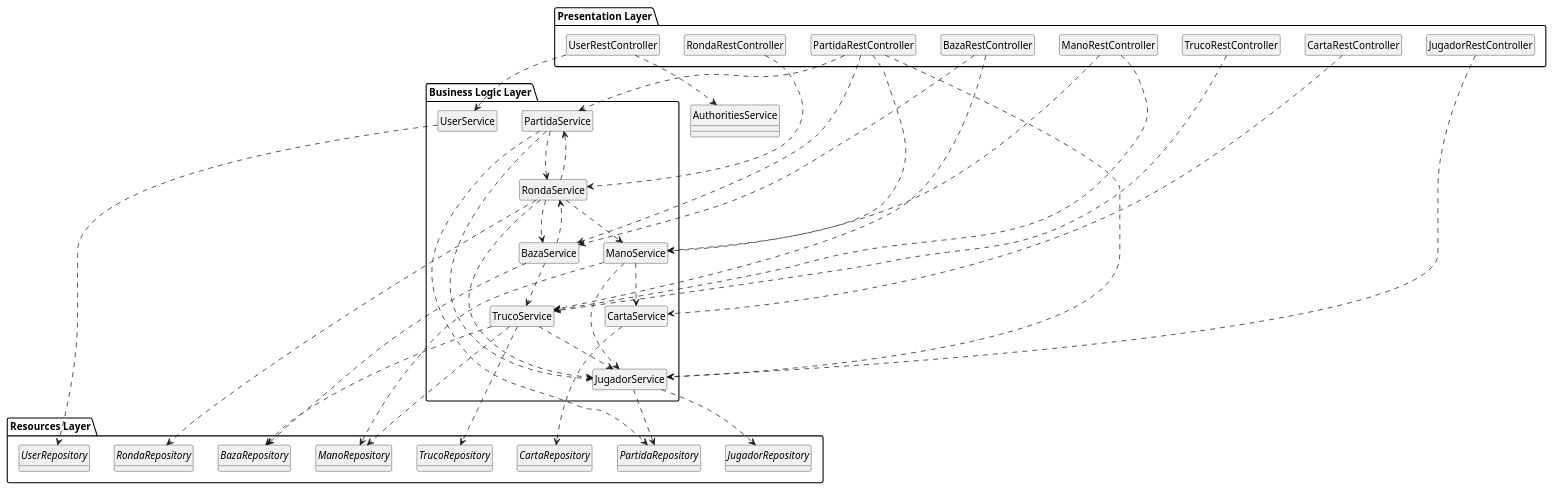
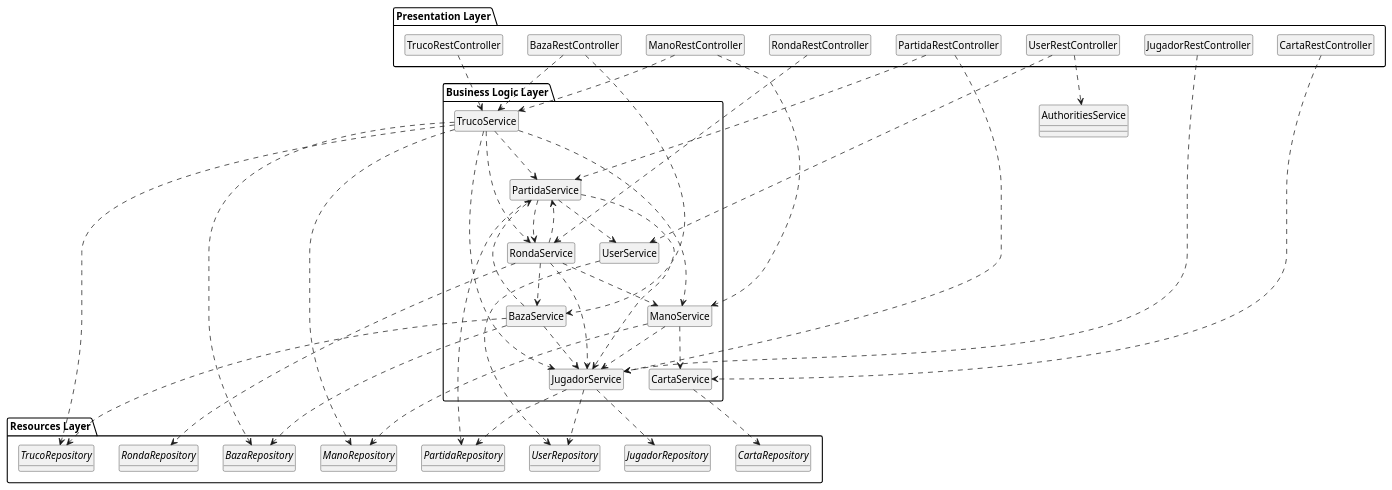
The diagram in docs/diagrams/DiagramaDeCapas.puml (Cristinafernandezchica/skullking), drawn with PlantUML before and after one commit. The commit also changed 4 other files, not shown here.

Commit message:
Actualización de test Ronda y diagrama de capas

```diff
--- a/docs/diagrams/DiagramaDeCapas.puml
+++ b/docs/diagrams/DiagramaDeCapas.puml
@@ -1,93 +1,97 @@
 @startuml name 
 
 hide circle
 
 package "Presentation Layer" as Presentation {
     hide members
     class PartidaRestController
     class RondaRestController
     class ManoRestController
     class BazaRestController
     class TrucoRestController
     class CartaRestController
     class JugadorRestController
     class UserRestController
 }
 
 package "Business Logic Layer" as BusinessLogic {
     hide members
     class PartidaService
     class RondaService
     class ManoService
     class BazaService
     class TrucoService
     class CartaService
     class JugadorService
     class UserService
 }
 
 package "Resources Layer" as Resources {
     hide attributes
     interface PartidaRepository
     interface RondaRepository
     interface ManoRepository
     interface BazaRepository
     interface TrucoRepository
     interface CartaRepository
     interface JugadorRepository
     interface UserRepository
 }
 
 PartidaRestController ..> PartidaService
 PartidaRestController ..> JugadorService
-PartidaRestController ..> ManoService
-PartidaRestController ..> BazaService
 
 RondaRestController ..> RondaService
 
 ManoRestController ..> ManoService
 ManoRestController ..> TrucoService
 
 BazaRestController ..> BazaService
 BazaRestController ..> TrucoService
 
 TrucoRestController ..> TrucoService
 
 CartaRestController ..> CartaService
 
 JugadorRestController ..> JugadorService
 
 UserRestController ..> UserService
 UserRestController ..> AuthoritiesService
 
 PartidaService ..> PartidaRepository
 PartidaService ..> RondaService
 PartidaService ..> JugadorService
+PartidaService ..> UserService
 
 RondaService ..> RondaRepository
 RondaService ..> PartidaService
 RondaService ..> ManoService
 RondaService ..> BazaService
 RondaService ..> JugadorService
 
 ManoService ..> ManoRepository
 ManoService ..> CartaService
 ManoService ..> JugadorService
 
 BazaService ..> BazaRepository
-BazaService ..> RondaService
-BazaService ..> TrucoService
+BazaService ..> TrucoRepository
+BazaService ..> PartidaService
+BazaService ..> JugadorService
 
 TrucoService ..> TrucoRepository
 TrucoService ..> BazaRepository
 TrucoService ..> ManoRepository
 TrucoService ..> JugadorService
+TrucoService ..> ManoService
+TrucoService ..> PartidaService
+TrucoService ..> RondaService
 
 CartaService ..> CartaRepository
 
 JugadorService ..> JugadorRepository
 JugadorService ..> PartidaRepository
+JugadorService ..> UserRepository
 
 UserService ..> UserRepository
 
 @enduml
```
